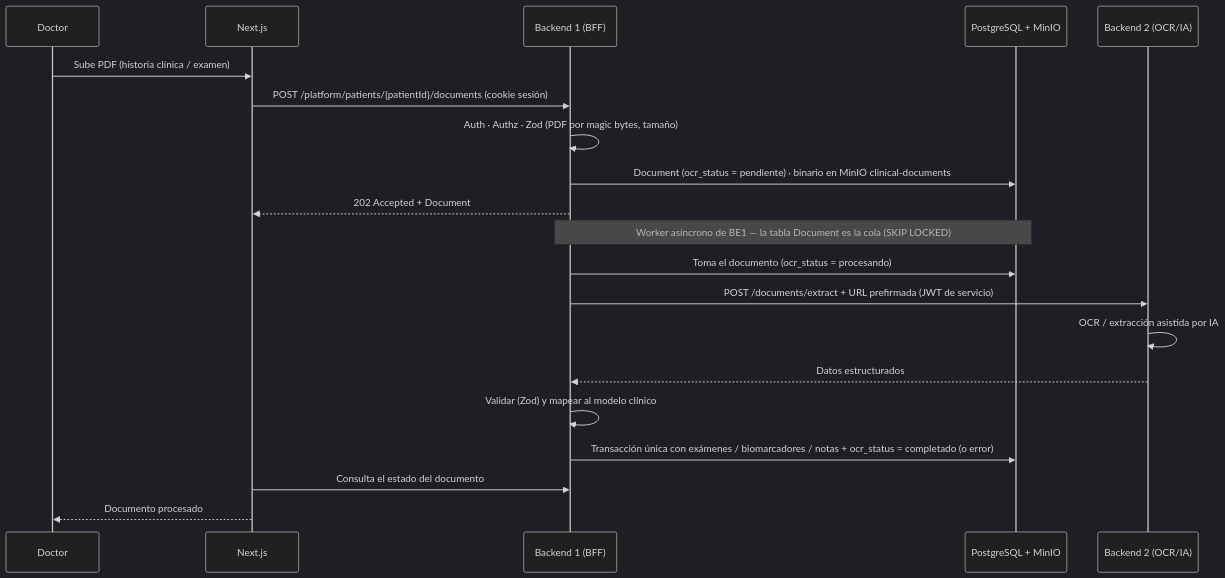
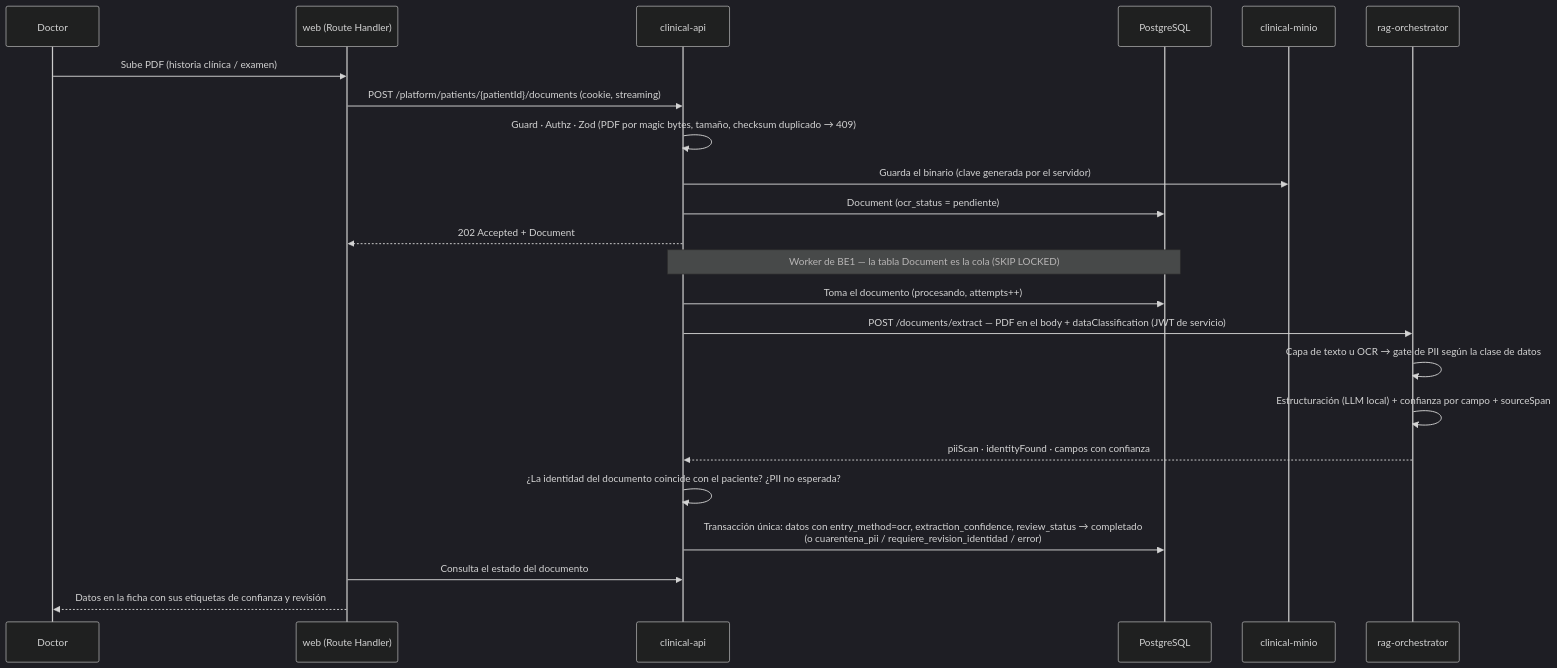
The second of 7 diagrams in readme.md (hatrickmario/OncoLens-Lab), drawn with Mermaid (dark theme) before and after one commit. The commit also changed other lines of this file and 2 other files, not shown here.

First line of the commit message:
Actualizar README y diagrama C4, y agregar PRD con las decisiones de la revisión técnica (#1)

````diff
--- a/readme.md
+++ b/readme.md
@@ -180,23 +212,26 @@
 ```mermaid
 sequenceDiagram
     participant D as Doctor
-    participant FE as Next.js
-    participant BE1 as Backend 1 (BFF)
-    participant PG as PostgreSQL + MinIO
-    participant BE2 as Backend 2 (OCR/IA)
+    participant FE as web (Route Handler)
+    participant BE1 as clinical-api
+    participant PG as PostgreSQL
+    participant CM as clinical-minio
+    participant BE2 as rag-orchestrator
 
     D->>FE: Sube PDF (historia clínica / examen)
-    FE->>BE1: POST /platform/patients/{patientId}/documents (cookie sesión)
-    BE1->>BE1: Auth · Authz · Zod (PDF por magic bytes, tamaño)
-    BE1->>PG: Document (ocr_status = pendiente) · binario en MinIO clinical-documents
+    FE->>BE1: POST /platform/patients/{patientId}/documents (cookie, streaming)
+    BE1->>BE1: Guard · Authz · Zod (PDF por magic bytes, tamaño, checksum duplicado → 409)
+    BE1->>CM: Guarda el binario (clave generada por el servidor)
+    BE1->>PG: Document (ocr_status = pendiente)
     BE1-->>FE: 202 Accepted + Document
-    Note over BE1,PG: Worker asíncrono de BE1 — la tabla Document es la cola (SKIP LOCKED)
-    BE1->>PG: Toma el documento (ocr_status = procesando)
-    BE1->>BE2: POST /documents/extract + URL prefirmada (JWT de servicio)
-    BE2->>BE2: OCR / extracción asistida por IA
-    BE2-->>BE1: Datos estructurados
-    BE1->>BE1: Validar (Zod) y mapear al modelo clínico
-    BE1->>PG: Transacción única con exámenes / biomarcadores / notas + ocr_status = completado (o error)
+    Note over BE1,PG: Worker de BE1 — la tabla Document es la cola (SKIP LOCKED)
+    BE1->>PG: Toma el documento (procesando, attempts++)
+    BE1->>BE2: POST /documents/extract — PDF en el body + dataClassification (JWT de servicio)
+    BE2->>BE2: Capa de texto u OCR → gate de PII según la clase de datos
+    BE2->>BE2: Estructuración (LLM local) + confianza por campo + sourceSpan
+    BE2-->>BE1: piiScan · identityFound · campos con confianza
+    BE1->>BE1: ¿La identidad del documento coincide con el paciente? ¿PII no esperada?
+    BE1->>PG: Transacción única: datos con entry_method=ocr, extraction_confidence, review_status → completado<br/>(o cuarentena_pii / requiere_revision_identidad / error)
     FE->>BE1: Consulta el estado del documento
-    FE-->>D: Documento procesado
+    FE-->>D: Datos en la ficha con sus etiquetas de confianza y revisión
 ```
````
